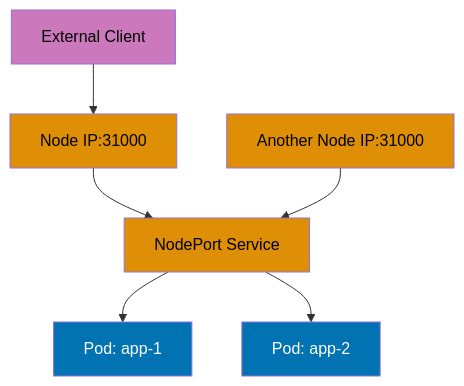
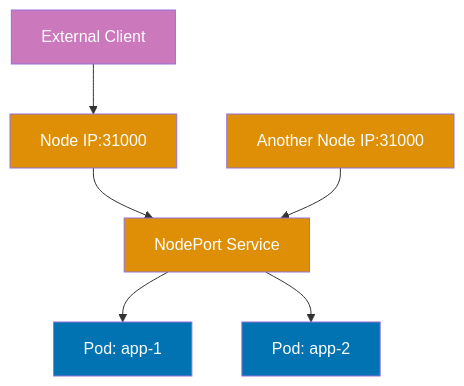
One commit to wahidyankf/open-sharia-enterprise changed the seventh of 9 diagrams in apps/ayokoding-web/content/en/learn/software-engineering/infrastructure/tools/kubernetes/by-example/beginner.md. Above: the diagram before and after it, drawn with Mermaid. The commit also changed other lines of this file and 61 other files, not shown here.

First line of the commit message:
fix(ayokoding-web): quote Mermaid node labels with special characters in Example 63

````diff
--- a/apps/ayokoding-web/content/en/learn/software-engineering/infrastructure/tools/kubernetes/by-example/beginner.md
+++ b/apps/ayokoding-web/content/en/learn/software-engineering/infrastructure/tools/kubernetes/by-example/beginner.md
@@ -960,16 +960,16 @@
 ```mermaid
 %% NodePort Service access flow
 graph TD
     A[External Client] --> B[Node IP:31000]
     B --> C[NodePort Service]
     C --> D[Pod: app-1]
     C --> E[Pod: app-2]
     F[Another Node IP:31000] --> C
 
-    style A fill:#CC78BC,color:#000
-    style B fill:#DE8F05,color:#000
-    style F fill:#DE8F05,color:#000
-    style C fill:#DE8F05,color:#000
+    style A fill:#CC78BC,color:#fff
+    style B fill:#DE8F05,color:#fff
+    style F fill:#DE8F05,color:#fff
+    style C fill:#DE8F05,color:#fff
     style D fill:#0173B2,color:#fff
     style E fill:#0173B2,color:#fff
 ```
````
